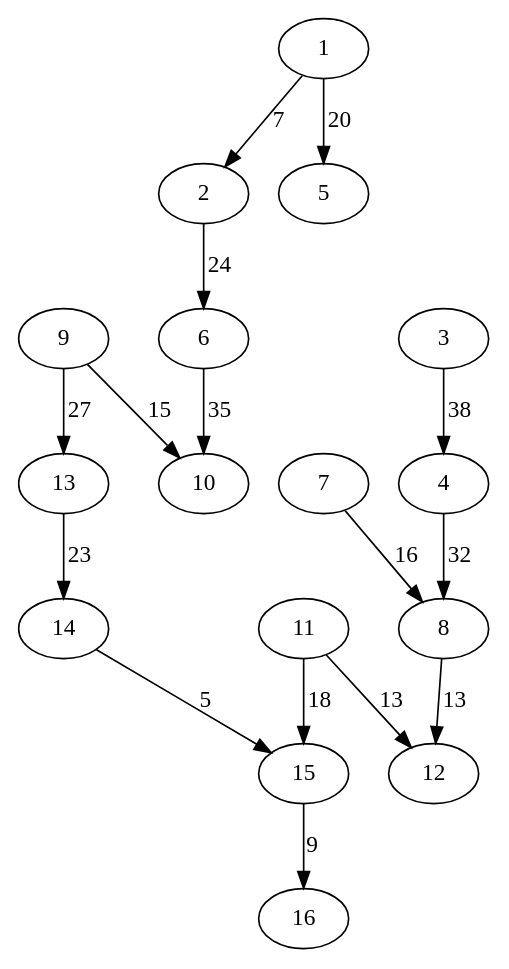
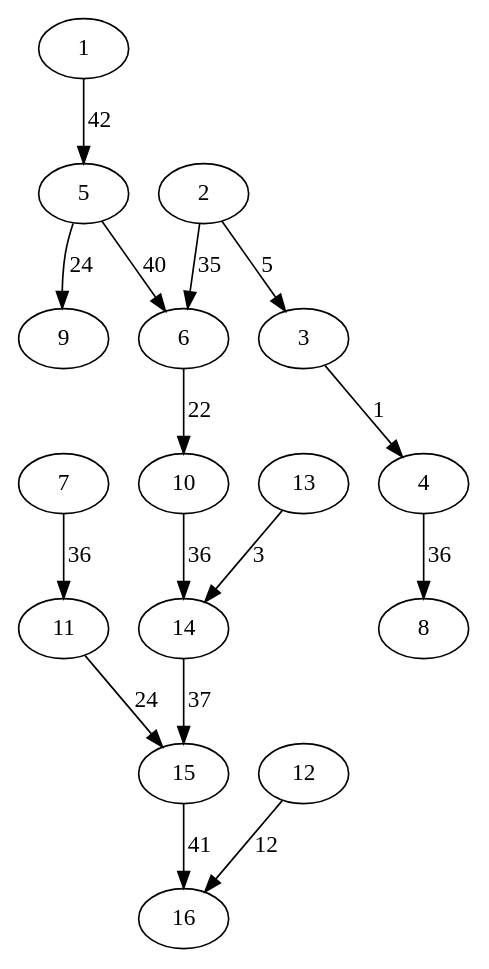
Before and after one commit to stormKx18/cic_algoritmos_proyecto4_Christian_Jaime: the diagram in graphviz/grafoMalla_m_4_n_4_KruskalD.gv, drawn with Graphviz. The commit also changed 19 other files, not shown here.

```diff
--- a/graphviz/grafoMalla_m_4_n_4_KruskalD.gv
+++ b/graphviz/grafoMalla_m_4_n_4_KruskalD.gv
@@ -1,17 +1,33 @@
 digraph grafoMalla_m_4_n_4_KruskalD {
-14 -> 15[label=5 weight=5];
-1 -> 2[label=7 weight=7];
-15 -> 16[label=9 weight=9];
-8 -> 12[label=13 weight=13];
-11 -> 12[label=13 weight=13];
-9 -> 10[label=15 weight=15];
-7 -> 8[label=16 weight=16];
-11 -> 15[label=18 weight=18];
-1 -> 5[label=20 weight=20];
-13 -> 14[label=23 weight=23];
-2 -> 6[label=24 weight=24];
-9 -> 13[label=27 weight=27];
-4 -> 8[label=32 weight=32];
-6 -> 10[label=35 weight=35];
-3 -> 4[label=38 weight=38];
+1;
+2;
+3;
+4;
+5;
+6;
+7;
+8;
+9;
+10;
+11;
+12;
+13;
+14;
+15;
+16;
+3 -> 4[label=1 weight=1];
+13 -> 14[label=3 weight=3];
+2 -> 3[label=5 weight=5];
+12 -> 16[label=12 weight=12];
+6 -> 10[label=22 weight=22];
+11 -> 15[label=24 weight=24];
+5 -> 9[label=24 weight=24];
+2 -> 6[label=35 weight=35];
+4 -> 8[label=36 weight=36];
+7 -> 11[label=36 weight=36];
+10 -> 14[label=36 weight=36];
+14 -> 15[label=37 weight=37];
+5 -> 6[label=40 weight=40];
+15 -> 16[label=41 weight=41];
+1 -> 5[label=42 weight=42];
 }
```
